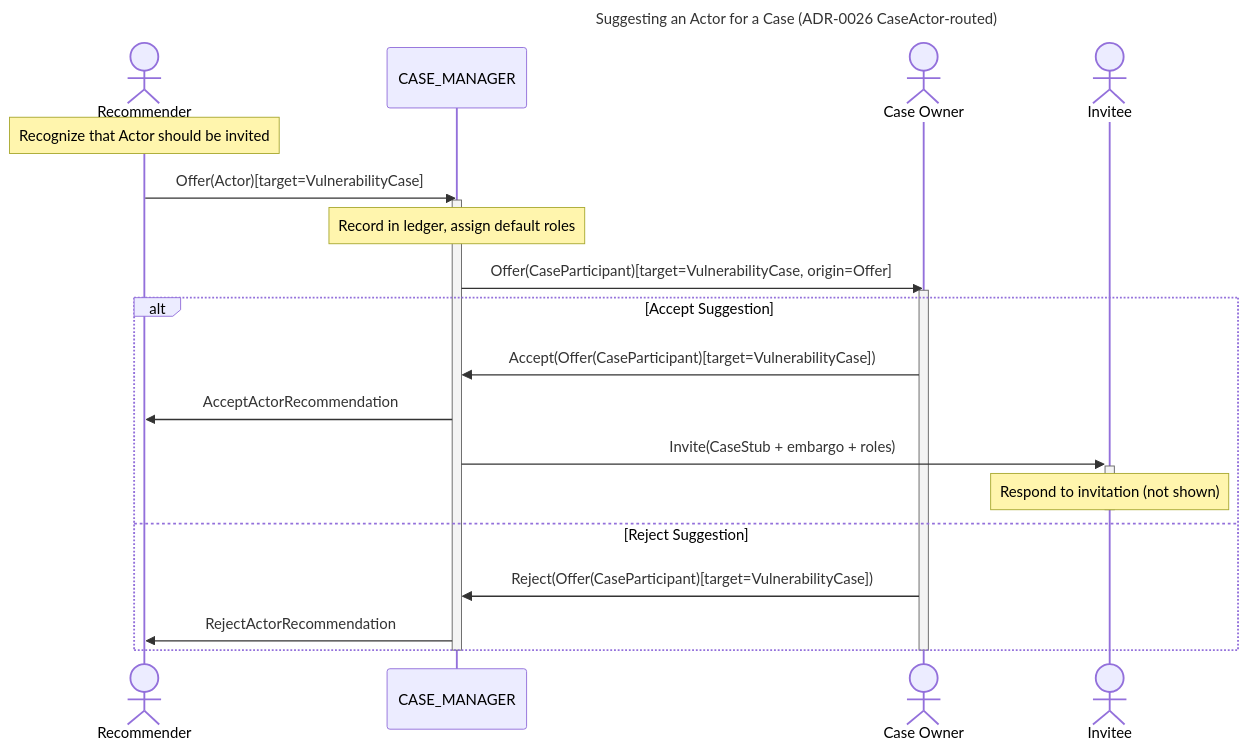
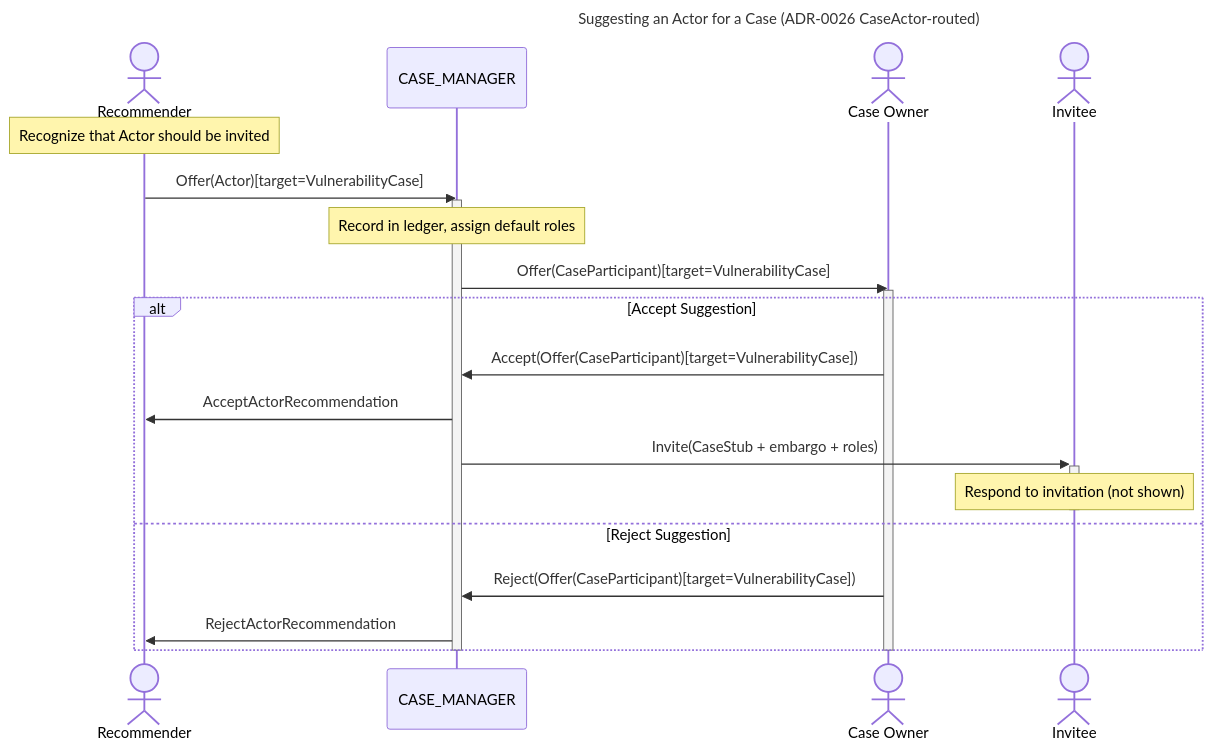
One commit to CERTCC/Vultron changed the diagram in docs/howto/activitypub/activities/suggest_actor.md. Above: the diagram before and after it, drawn with Mermaid. The commit also changed 11 other files, not shown here.

````diff
--- a/docs/howto/activitypub/activities/suggest_actor.md
+++ b/docs/howto/activitypub/activities/suggest_actor.md
@@ -34,28 +34,28 @@
 ```mermaid
 ---
 title: Suggesting an Actor for a Case (ADR-0026 CaseActor-routed)
 ---
 sequenceDiagram
     actor A as Recommender
     participant CA as CASE_MANAGER
     actor B as Case Owner
     actor D as Invitee
     Note over A: Recognize that Actor should be invited
     A ->> CA: Offer(Actor)[target=VulnerabilityCase]
     activate CA
     Note over CA: Record in ledger, assign default roles
-    CA ->> B: Offer(CaseParticipant)[target=VulnerabilityCase, origin=Offer]
+    CA ->> B: Offer(CaseParticipant)[target=VulnerabilityCase]
     activate B
     alt Accept Suggestion
         B ->> CA: Accept(Offer(CaseParticipant)[target=VulnerabilityCase])
         CA ->> A: AcceptActorRecommendation
         CA ->>+ D: Invite(CaseStub + embargo + roles)
         note over D: Respond to invitation (not shown)
         deactivate D
     else Reject Suggestion
         B ->> CA: Reject(Offer(CaseParticipant)[target=VulnerabilityCase])
         CA ->> A: RejectActorRecommendation
     end
     deactivate B
     deactivate CA
 ```
````
